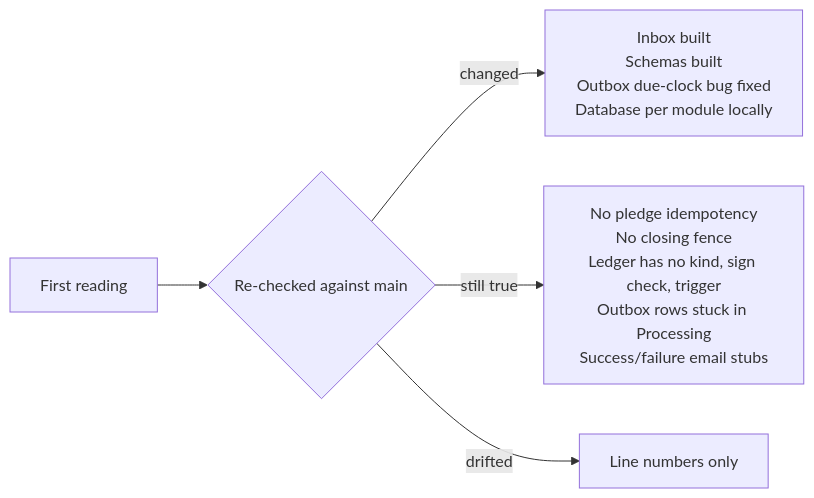
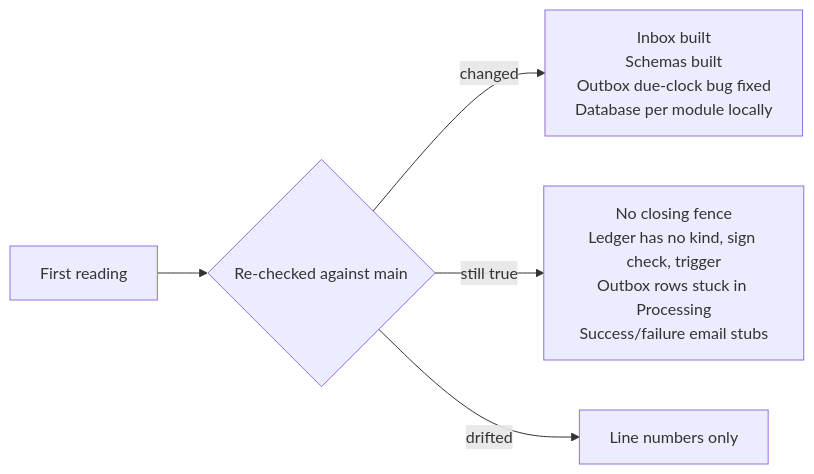
The fourth of 4 diagrams in educational/03-engineering-spec-and-roadmap/design-to-code-mapping-round1.md (maysamgamini/crowdfundinghub), drawn with Mermaid before and after one commit. The commit also changed other lines of this file and 37 other files, not shown here.

````diff
--- a/educational/03-engineering-spec-and-roadmap/design-to-code-mapping-round1.md
+++ b/educational/03-engineering-spec-and-roadmap/design-to-code-mapping-round1.md
@@ -168,7 +169,7 @@
 ```mermaid
 flowchart LR
     A["First reading"] --> B{"Re-checked against main"}
     B -->|changed| C["Inbox built<br/>Schemas built<br/>Outbox due-clock bug fixed<br/>Database per module locally"]
-    B -->|still true| D["No pledge idempotency<br/>No closing fence<br/>Ledger has no kind, sign check, trigger<br/>Outbox rows stuck in Processing<br/>Success/failure email stubs"]
+    B -->|still true| D["No closing fence<br/>Ledger has no kind, sign check, trigger<br/>Outbox rows stuck in Processing<br/>Success/failure email stubs"]
     B -->|drifted| E["Line numbers only"]
 ```
````
